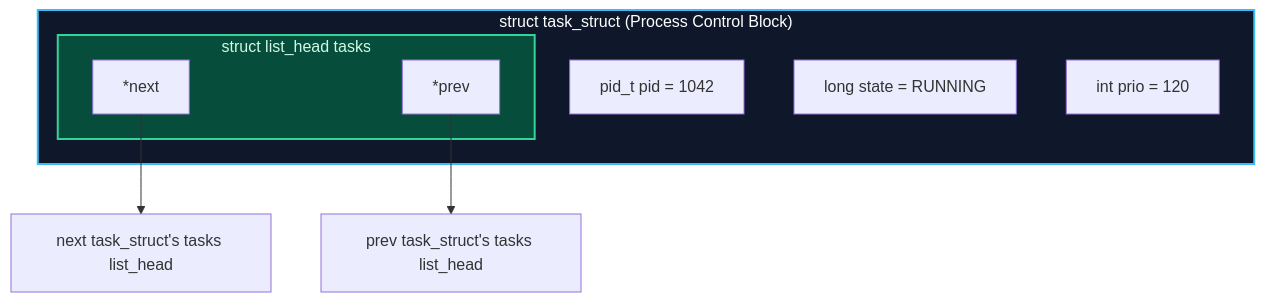
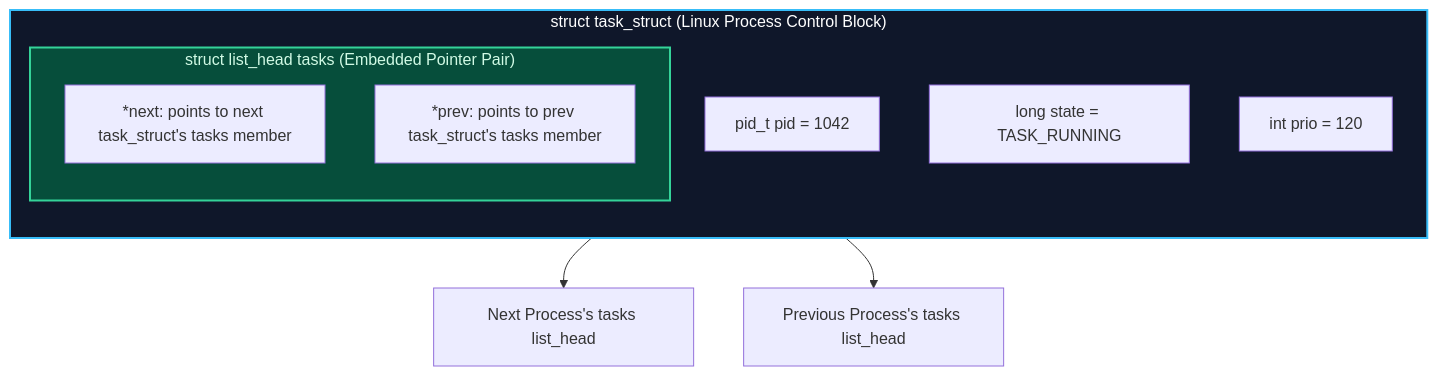
Before and after one commit to 1345AbhishekKumar/cs-cookbook: the tenth of 11 diagrams in content/docs/dsa/01-foundations-and-linear-structures/04-linked-lists.mdx, drawn with Mermaid. The commit also changed other lines of this file and 211 other files, not shown here.

````diff
--- a/content/docs/dsa/01-foundations-and-linear-structures/04-linked-lists.mdx
+++ b/content/docs/dsa/01-foundations-and-linear-structures/04-linked-lists.mdx
@@ -364,18 +934,19 @@
 ```mermaid
 flowchart TD
-    subgraph ProcessDescriptor["struct task_struct (Process Control Block)"]
+    subgraph ProcessDescriptor["struct task_struct (Linux Process Control Block)"]
+        direction TB
         PID["pid_t pid = 1042"]
-        State["long state = RUNNING"]
-        subgraph IntrusiveNode["struct list_head tasks"]
-            Next["*next"]
-            Prev["*prev"]
+        State["long state = TASK_RUNNING"]
+        subgraph IntrusiveNode["struct list_head tasks (Embedded Pointer Pair)"]
+            Next["*next: points to next task_struct's tasks member"]
+            Prev["*prev: points to prev task_struct's tasks member"]
         end
         Priority["int prio = 120"]
     end
 
-    Next --> NextTask["next task_struct's tasks list_head"]
-    Prev --> PrevTask["prev task_struct's tasks list_head"]
+    Next --> NextTask["Next Process's tasks list_head"]
+    Prev --> PrevTask["Previous Process's tasks list_head"]
 
     style ProcessDescriptor fill:#0f172a,stroke:#38bdf8,stroke-width:2px,color:#fff
     style IntrusiveNode fill:#064e3b,stroke:#34d399,stroke-width:2px,color:#d1fae5
 ```
````
